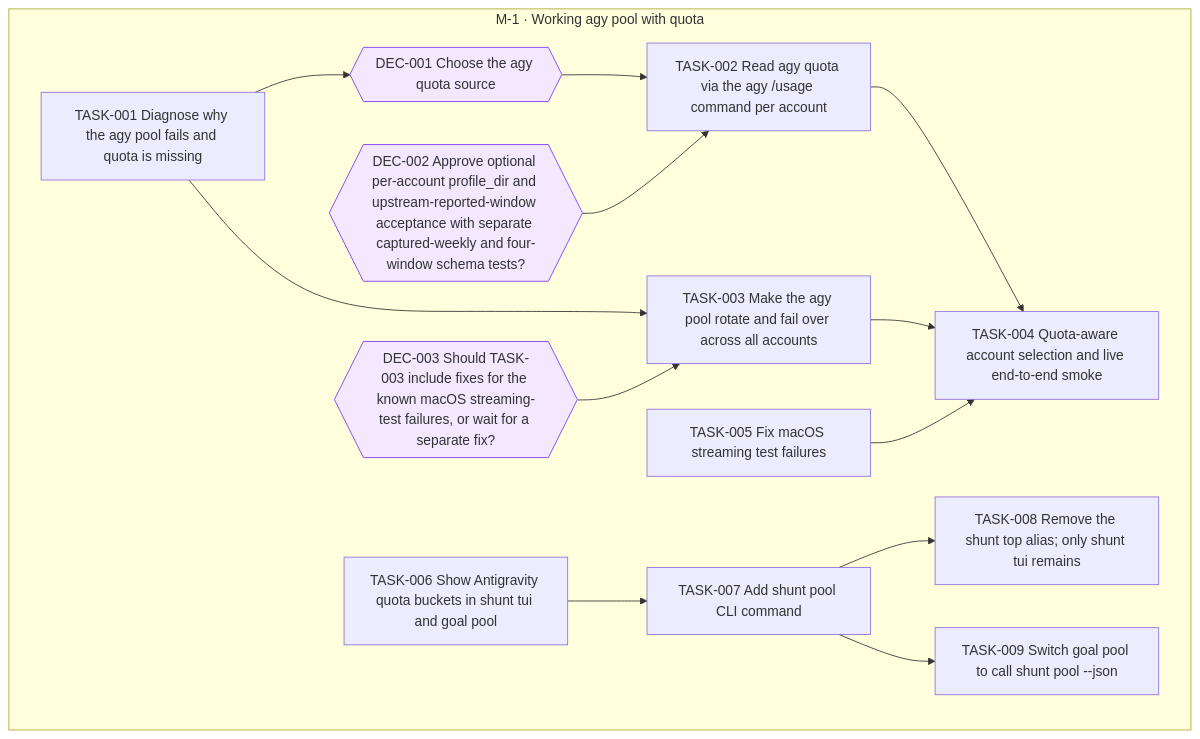
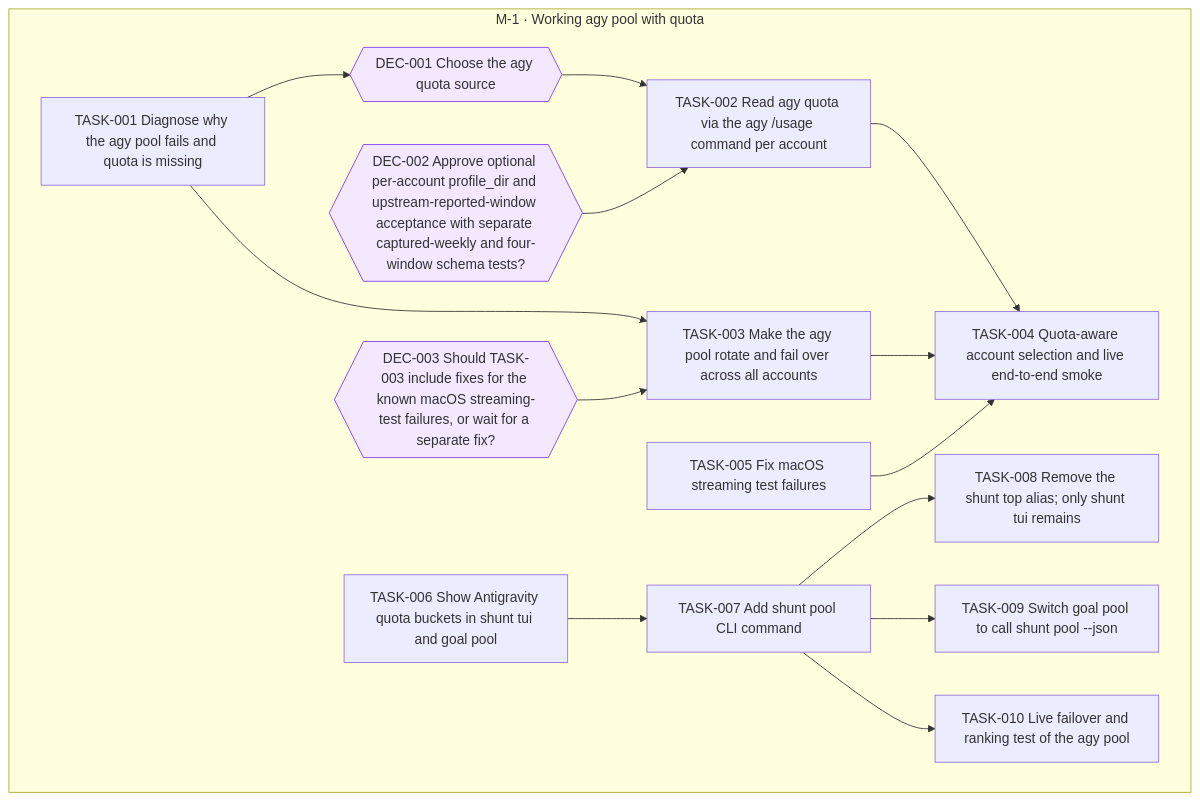
Before and after one commit to jesusvillota/shunt: the diagram in goals/agy-pool/README.md, drawn with Mermaid. The commit also changed 1 other file, not shown here.

Commit message:
goal(agy-pool): add TASK-010 Live failover and ranking test of the agy pool

````diff
--- a/goals/agy-pool/README.md
+++ b/goals/agy-pool/README.md
@@ -19,34 +19,36 @@
 ```mermaid
 flowchart TD
   subgraph M_1["M-1 · Working agy pool with quota"]
     DEC_001{{"DEC-001 Choose the agy quota source"}}
     DEC_002{{"DEC-002 Approve optional per-account profile_dir and upstream-reported-window acceptance with separate captured-weekly and four-window schema tests?"}}
     DEC_003{{"DEC-003 Should TASK-003 include fixes for the known macOS streaming-test failures, or wait for a separate fix?"}}
     TASK_001["TASK-001 Diagnose why the agy pool fails and quota is missing"]
     TASK_002["TASK-002 Read agy quota via the agy /usage command per account"]
     TASK_003["TASK-003 Make the agy pool rotate and fail over across all accounts"]
     TASK_004["TASK-004 Quota-aware account selection and live end-to-end smoke"]
     TASK_005["TASK-005 Fix macOS streaming test failures"]
     TASK_006["TASK-006 Show Antigravity quota buckets in shunt tui and goal pool"]
     TASK_007["TASK-007 Add shunt pool CLI command"]
     TASK_008["TASK-008 Remove the shunt top alias; only shunt tui remains"]
     TASK_009["TASK-009 Switch goal pool to call shunt pool --json"]
+    TASK_010["TASK-010 Live failover and ranking test of the agy pool"]
   end
   TASK_001 --> DEC_001
   DEC_001 --> TASK_002
   DEC_002 --> TASK_002
   TASK_001 --> TASK_003
   DEC_003 --> TASK_003
   TASK_002 --> TASK_004
   TASK_003 --> TASK_004
   TASK_005 --> TASK_004
   TASK_006 --> TASK_007
   TASK_007 --> TASK_008
   TASK_007 --> TASK_009
+  TASK_007 --> TASK_010
   classDef draft stroke-dasharray: 4 3
   classDef cancelled opacity:0.45
   classDef decision fill:#f3e8ff,stroke:#7c3aed
   class DEC_001 decision
   class DEC_002 decision
   class DEC_003 decision
 ```
````
